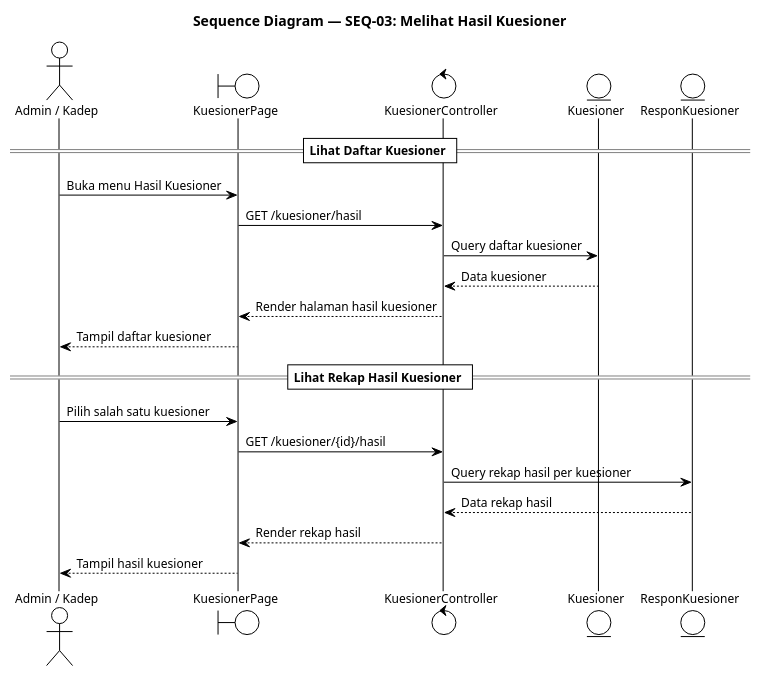
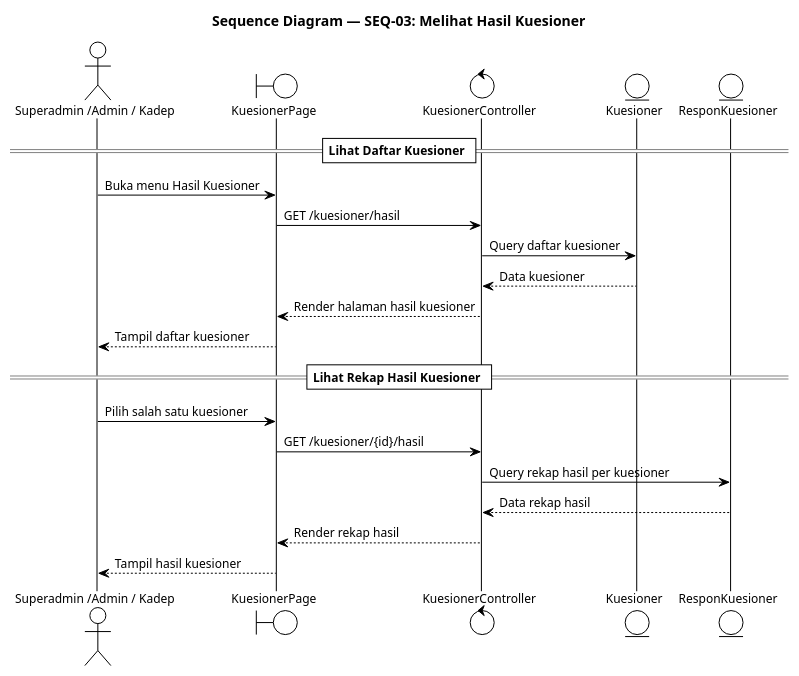
Before and after one commit to Habiboys/SILAB-DSI: the diagram in docs/kuesioner/sequence/SEQ_03_MELIHAT_HASIL_KUESIONER.puml, drawn with PlantUML. The commit also changed 261 other files, not shown here.

```diff
--- a/docs/kuesioner/sequence/SEQ_03_MELIHAT_HASIL_KUESIONER.puml
+++ b/docs/kuesioner/sequence/SEQ_03_MELIHAT_HASIL_KUESIONER.puml
@@ -1,35 +1,35 @@
 @startuml SEQ_03_MELIHAT_HASIL_KUESIONER
 !theme plain
 skinparam defaultFontSize 12
 skinparam TitleFontSize 14
 title Sequence Diagram — SEQ-03: Melihat Hasil Kuesioner
 
-actor       "Admin / Kadep"       as User
+actor       "Superadmin /Admin / Kadep"       as User
 boundary    "KuesionerPage"       as Page
 control     "KuesionerController" as Ctrl
 entity      "Kuesioner"           as ModelKuesioner
 entity      "ResponKuesioner"     as ModelRespon
 
 == Lihat Daftar Kuesioner ==
 
 User -> Page             : Buka menu Hasil Kuesioner
 
 Page -> Ctrl             : GET /kuesioner/hasil
 
 Ctrl -> ModelKuesioner   : Query daftar kuesioner
 ModelKuesioner --> Ctrl  : Data kuesioner
 Ctrl --> Page            : Render halaman hasil kuesioner
 Page --> User            : Tampil daftar kuesioner
 
 == Lihat Rekap Hasil Kuesioner ==
 
 User -> Page             : Pilih salah satu kuesioner
 
 Page -> Ctrl             : GET /kuesioner/{id}/hasil
 
 Ctrl -> ModelRespon      : Query rekap hasil per kuesioner
 ModelRespon --> Ctrl     : Data rekap hasil
 Ctrl --> Page            : Render rekap hasil
 Page --> User            : Tampil hasil kuesioner
 
 @enduml
```
